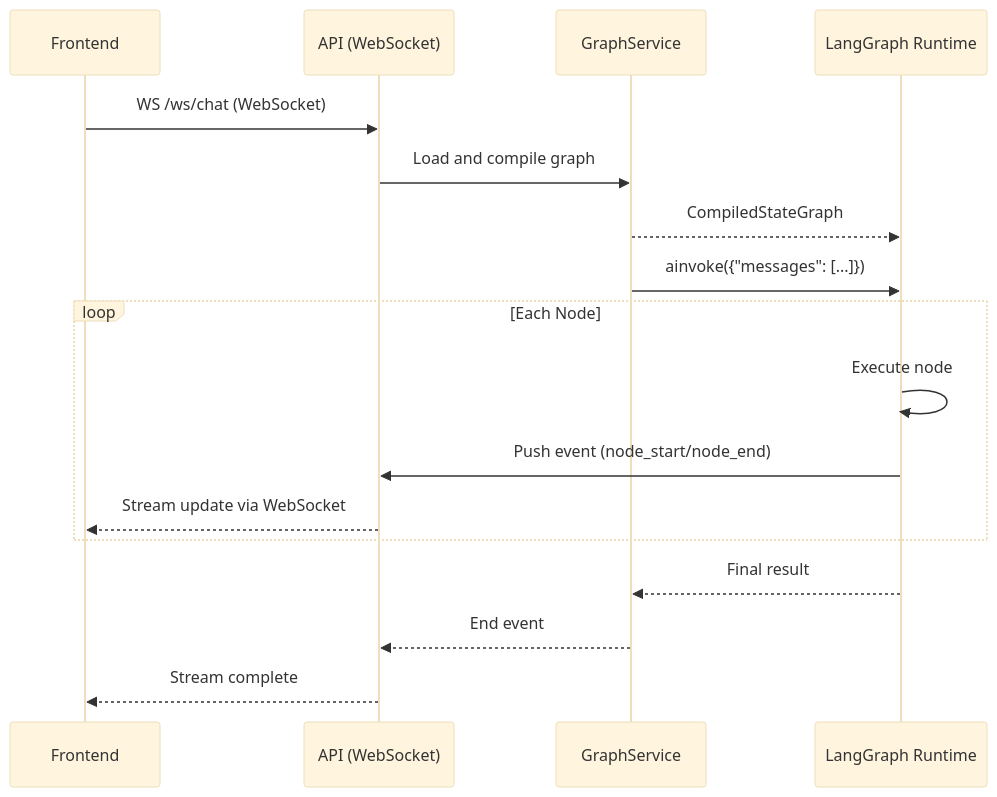
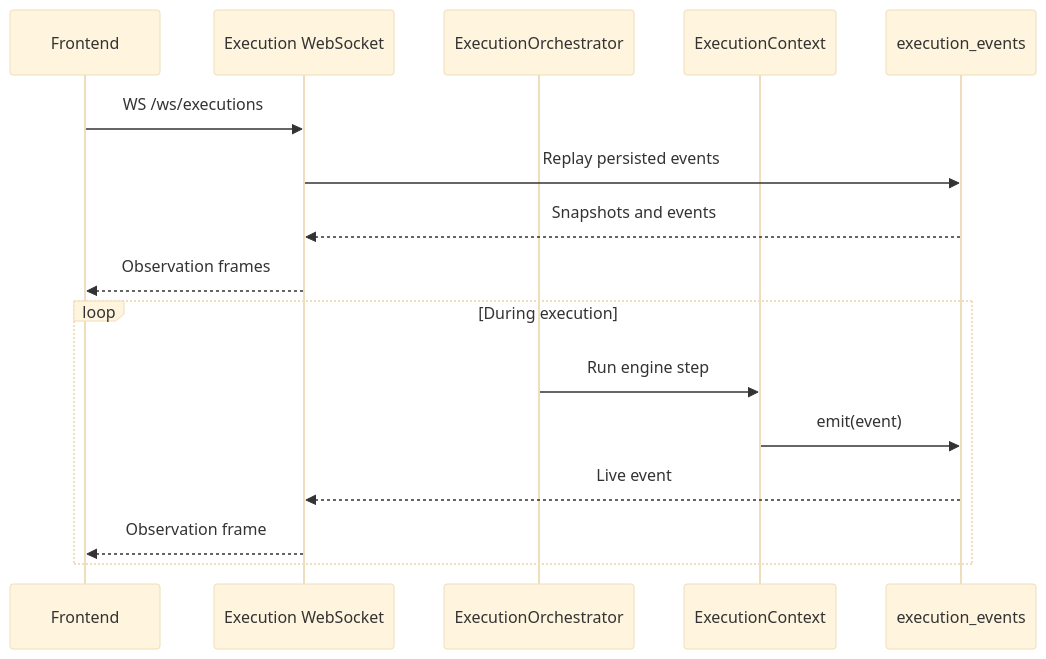
Before and after one commit to jd-opensource/JoySafeter: the seventh of 7 diagrams in docs/ARCHITECTURE.md, drawn with Mermaid (base theme). The commit also changed other lines of this file and 2 other files, not shown here.

Commit message:
docs: refresh architecture for agent execution model

````diff
--- a/docs/ARCHITECTURE.md
+++ b/docs/ARCHITECTURE.md
@@ -276,22 +291,20 @@
 ```mermaid
 sequenceDiagram
     participant Frontend as Frontend
-    participant API as API (WebSocket)
-    participant Service as GraphService
-    participant Runtime as LangGraph Runtime
+    participant ExecWS as Execution WebSocket
+    participant Orchestrator as ExecutionOrchestrator
+    participant Context as ExecutionContext
+    participant DB as execution_events
 
-    Frontend->>API: WS /ws/chat (WebSocket)
-    API->>Service: Load and compile graph
-    Service-->>Runtime: CompiledStateGraph
-    Service->>Runtime: ainvoke({"messages": [...]})
+    Frontend->>ExecWS: WS /ws/executions
+    ExecWS->>DB: Replay persisted events
+    DB-->>ExecWS: Snapshots and events
+    ExecWS-->>Frontend: Observation frames
 
-    loop Each Node
-        Runtime->>Runtime: Execute node
-        Runtime->>API: Push event (node_start/node_end)
-        API-->>Frontend: Stream update via WebSocket
+    loop During execution
+        Orchestrator->>Context: Run engine step
+        Context->>DB: emit(event)
+        DB-->>ExecWS: Live event
+        ExecWS-->>Frontend: Observation frame
     end
-
-    Runtime-->>Service: Final result
-    Service-->>API: End event
-    API-->>Frontend: Stream complete
 ```
````
